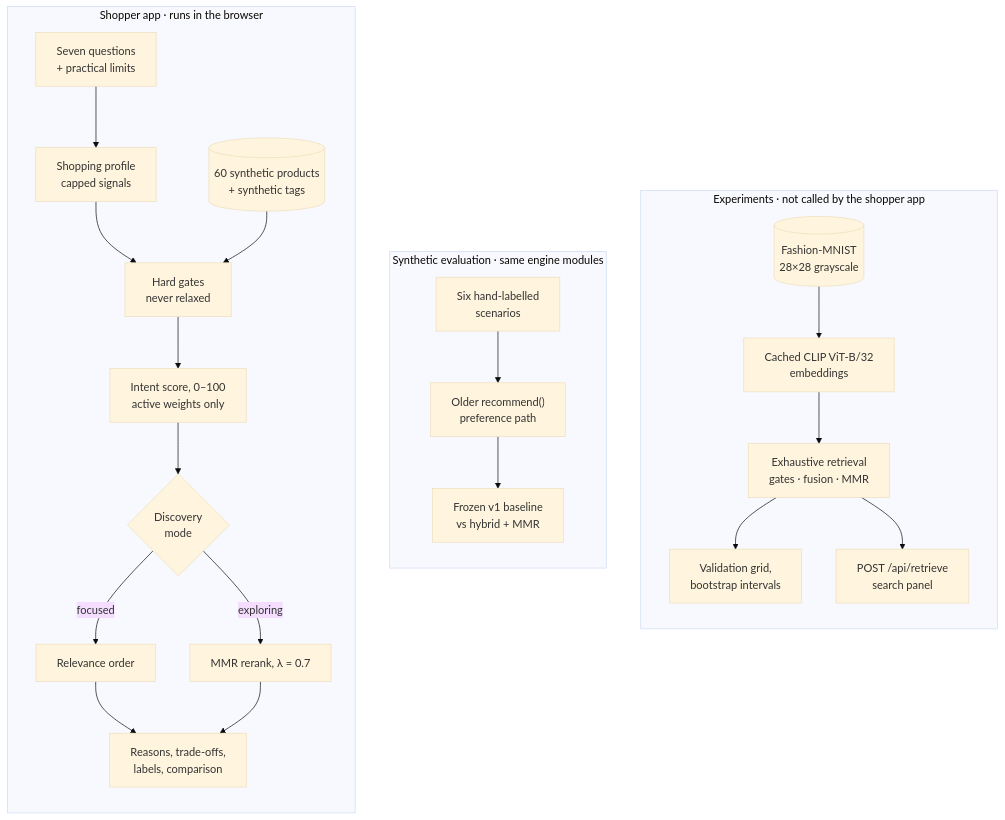
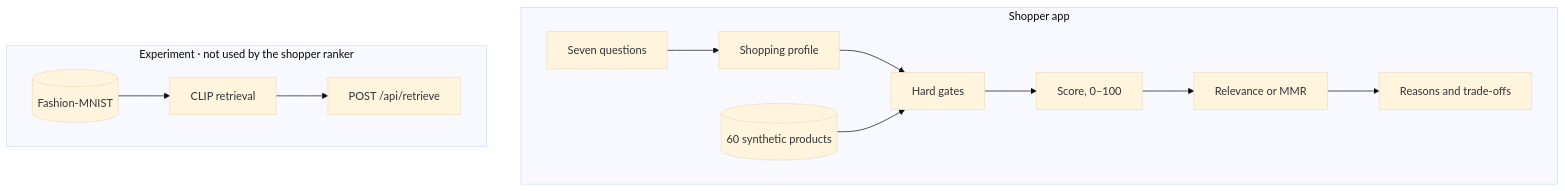
One commit to arhennia/FitRank changed the diagram in README.md. Above: the diagram before and after it, drawn with Mermaid (base theme). The commit also changed other lines of this file, not shown here.

````diff
--- a/README.md
+++ b/README.md
@@ -155,29 +38,15 @@
 ```mermaid
 flowchart TB
-    subgraph LAB["Experiments · not called by the shopper app"]
-        direction TB
-        F[("Fashion-MNIST<br/>28×28 grayscale")] --> V["Cached CLIP ViT-B/32<br/>embeddings"]
-        V --> X["Exhaustive retrieval<br/>gates · fusion · MMR"]
-        X --> Y["Validation grid,<br/>bootstrap intervals"]
-        X --> Z["POST /api/retrieve<br/>search panel"]
-    end
-
-    subgraph EVAL["Synthetic evaluation · same engine modules"]
-        direction TB
-        H["Six hand-labelled<br/>scenarios"] --> L["Older recommend()<br/>preference path"]
-        L --> B["Frozen v1 baseline<br/>vs hybrid + MMR"]
-    end
-
-    subgraph APP["Shopper app · runs in the browser"]
-        direction TB
-        Q["Seven questions<br/>+ practical limits"] --> P["Shopping profile<br/>capped signals"]
-        P --> G["Hard gates<br/>never relaxed"]
-        C[("60 synthetic products<br/>+ synthetic tags")] --> G
-        G --> S["Intent score, 0–100<br/>active weights only"]
-        S --> M{"Discovery<br/>mode"}
-        M -->|focused| R["Relevance order"]
-        M -->|exploring| D["MMR rerank, λ = 0.7"]
-        R --> E["Reasons, trade-offs,<br/>labels, comparison"]
-        D --> E
-    end
+  subgraph Shop["Shopper app"]
+    Q[Seven questions] --> P[Shopping profile]
+    P --> G[Hard gates]
+    C[("60 synthetic products")] --> G
+    G --> S[Score, 0–100]
+    S --> R[Relevance or MMR]
+    R --> E[Reasons and trade-offs]
+  end
+  subgraph Lab["Experiment · not used by the shopper ranker"]
+    F[("Fashion-MNIST")] --> V[CLIP retrieval]
+    V --> API["POST /api/retrieve"]
+  end
 ```
````
